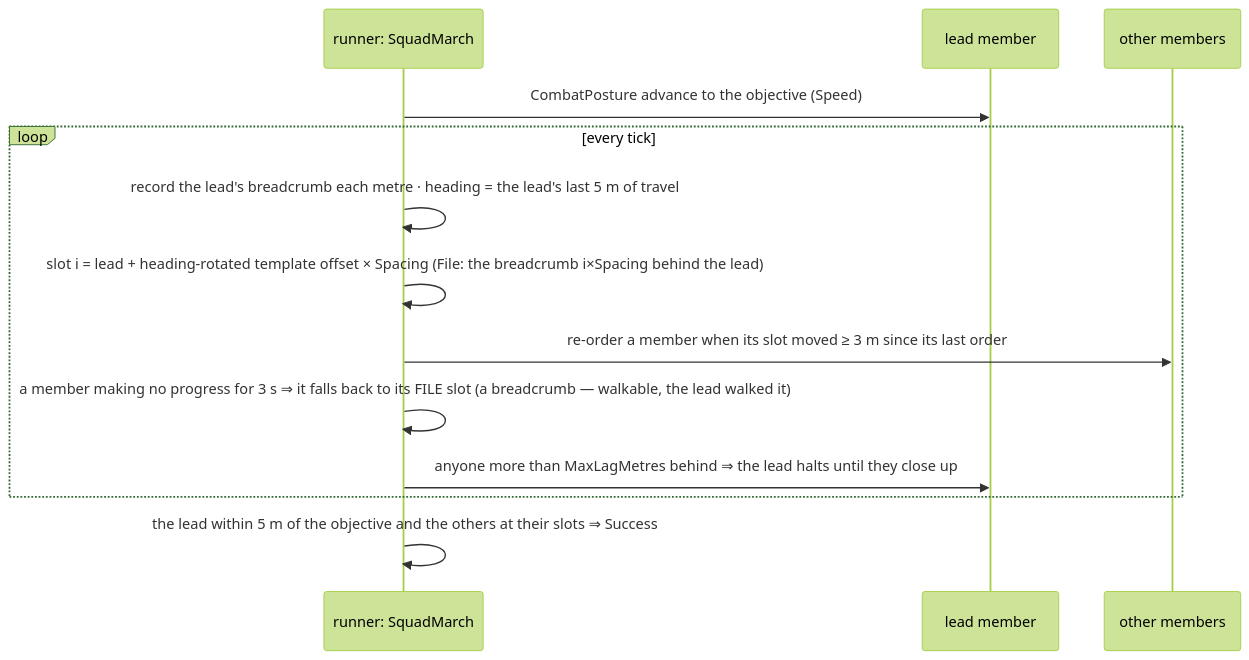
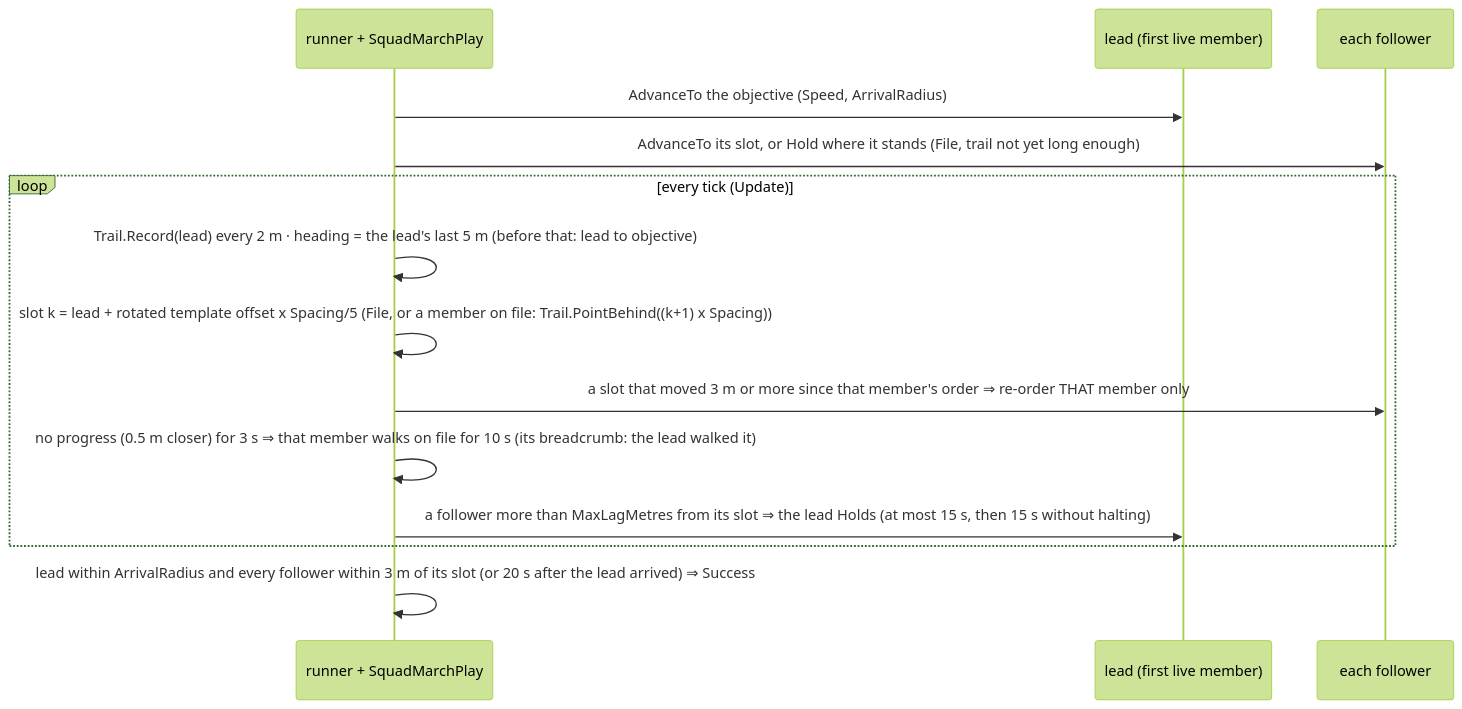
Before and after one commit to pjanec/HROT: diagram 15 of 15 in docs/designs/group-maneuvers/DESIGN_Squad_Tactics.md, drawn with Mermaid (forest theme). The commit also changed other lines of this file and 10 other files, not shown here.

First line of the commit message:
WIP CE-2123 S3: SquadMarch — one more play on the S1 runner (File / Wedge / Line, lead's trail fallback, stragglers wait)

````diff
--- a/docs/designs/group-maneuvers/DESIGN_Squad_Tactics.md
+++ b/docs/designs/group-maneuvers/DESIGN_Squad_Tactics.md
@@ -686,15 +695,16 @@
 ```mermaid
 sequenceDiagram
-  participant R as runner: SquadMarch
-  participant L as lead member
-  participant M as other members
-  R->>L: CombatPosture advance to the objective (Speed)
-  loop every tick
-    R->>R: record the lead's breadcrumb each metre · heading = the lead's last 5 m of travel
-    R->>R: slot i = lead + heading-rotated template offset × Spacing (File: the breadcrumb i×Spacing behind the lead)
-    R->>M: re-order a member when its slot moved ≥ 3 m since its last order
-    R->>R: a member making no progress for 3 s ⇒ it falls back to its FILE slot (a breadcrumb — walkable, the lead walked it)
-    R->>L: anyone more than MaxLagMetres behind ⇒ the lead halts until they close up
+  participant R as runner + SquadMarchPlay
+  participant L as lead (first live member)
+  participant M as each follower
+  R->>L: AdvanceTo the objective (Speed, ArrivalRadius)
+  R->>M: AdvanceTo its slot, or Hold where it stands (File, trail not yet long enough)
+  loop every tick (Update)
+    R->>R: Trail.Record(lead) every 2 m · heading = the lead's last 5 m (before that: lead to objective)
+    R->>R: slot k = lead + rotated template offset x Spacing/5 (File, or a member on file: Trail.PointBehind((k+1) x Spacing))
+    R->>M: a slot that moved 3 m or more since that member's order ⇒ re-order THAT member only
+    R->>R: no progress (0.5 m closer) for 3 s ⇒ that member walks on file for 10 s (its breadcrumb: the lead walked it)
+    R->>L: a follower more than MaxLagMetres from its slot ⇒ the lead Holds (at most 15 s, then 15 s without halting)
   end
-  R->>R: the lead within 5 m of the objective and the others at their slots ⇒ Success
+  R->>R: lead within ArrivalRadius and every follower within 3 m of its slot (or 20 s after the lead arrived) ⇒ Success
 ```
````
